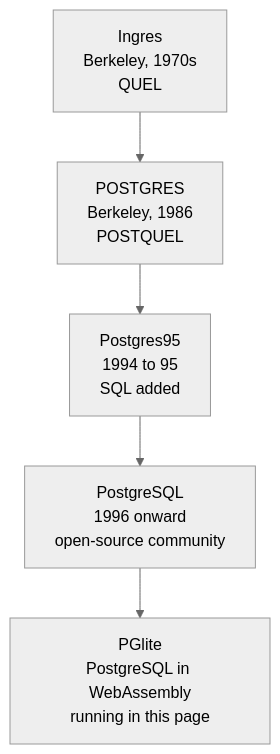
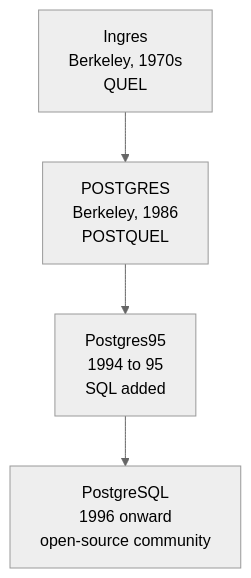
The diagram in content/courses/database-design-postgresql/from-ingres-to-postgresql.mdx (dataslope/dataslope), drawn with Mermaid (neutral theme) before and after one commit. The commit also changed other lines of this file and 317 other files, not shown here.

First line of the commit message:
Course videos: interview-series polish, then outlined diagram boxes again; evergreen LLM course, no PGlite (#739)

````diff
--- a/content/courses/database-design-postgresql/from-ingres-to-postgresql.mdx
+++ b/content/courses/database-design-postgresql/from-ingres-to-postgresql.mdx
@@ -60,7 +60,6 @@
 ```mermaid
 flowchart TD
     A["Ingres<br/>Berkeley, 1970s<br/>QUEL"] --> B["POSTGRES<br/>Berkeley, 1986<br/>POSTQUEL"]
     B --> C["Postgres95<br/>1994 to 95<br/>SQL added"]
     C --> D["PostgreSQL<br/>1996 onward<br/>open-source community"]
-    D --> E["PGlite<br/>PostgreSQL in WebAssembly<br/>running in this page"]
 ```
````
